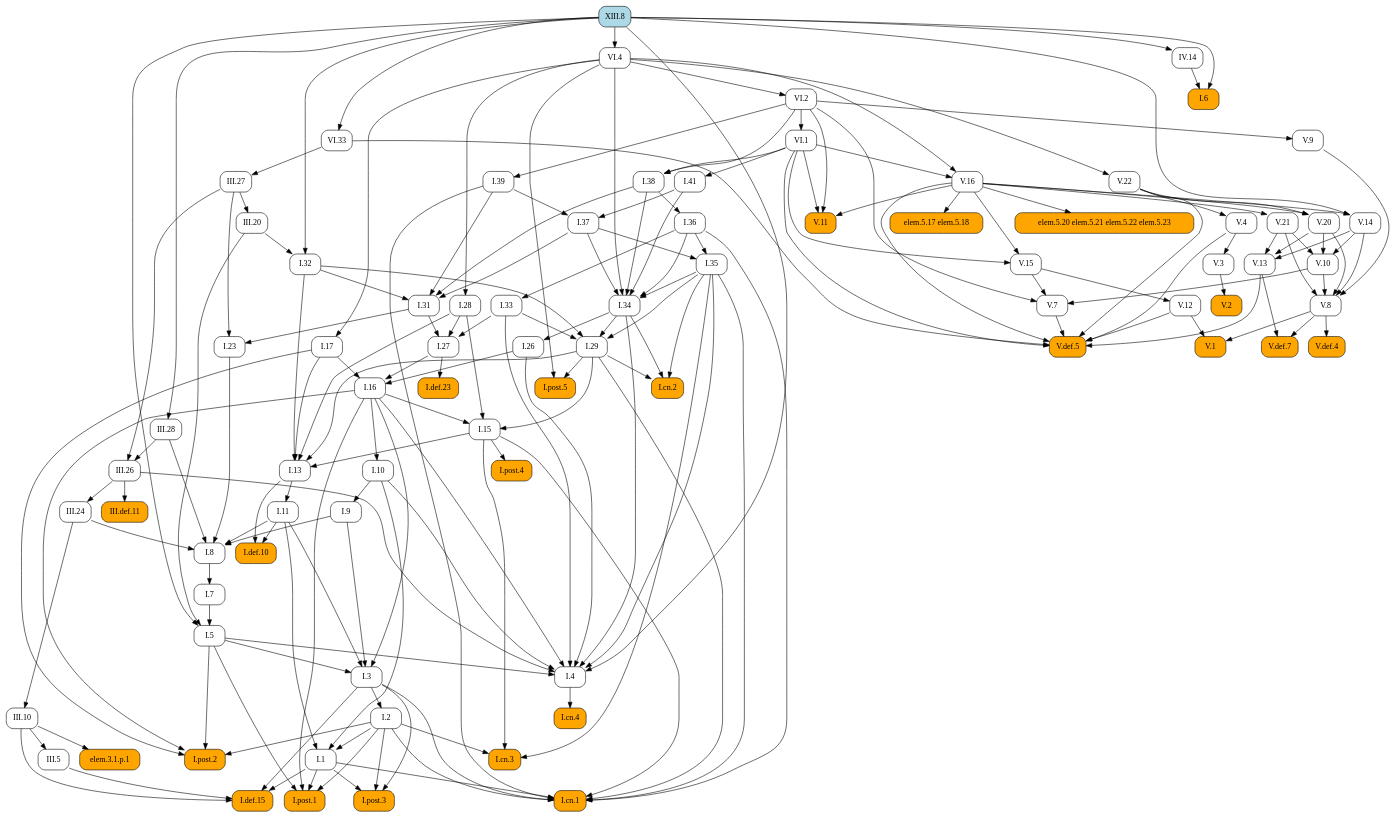
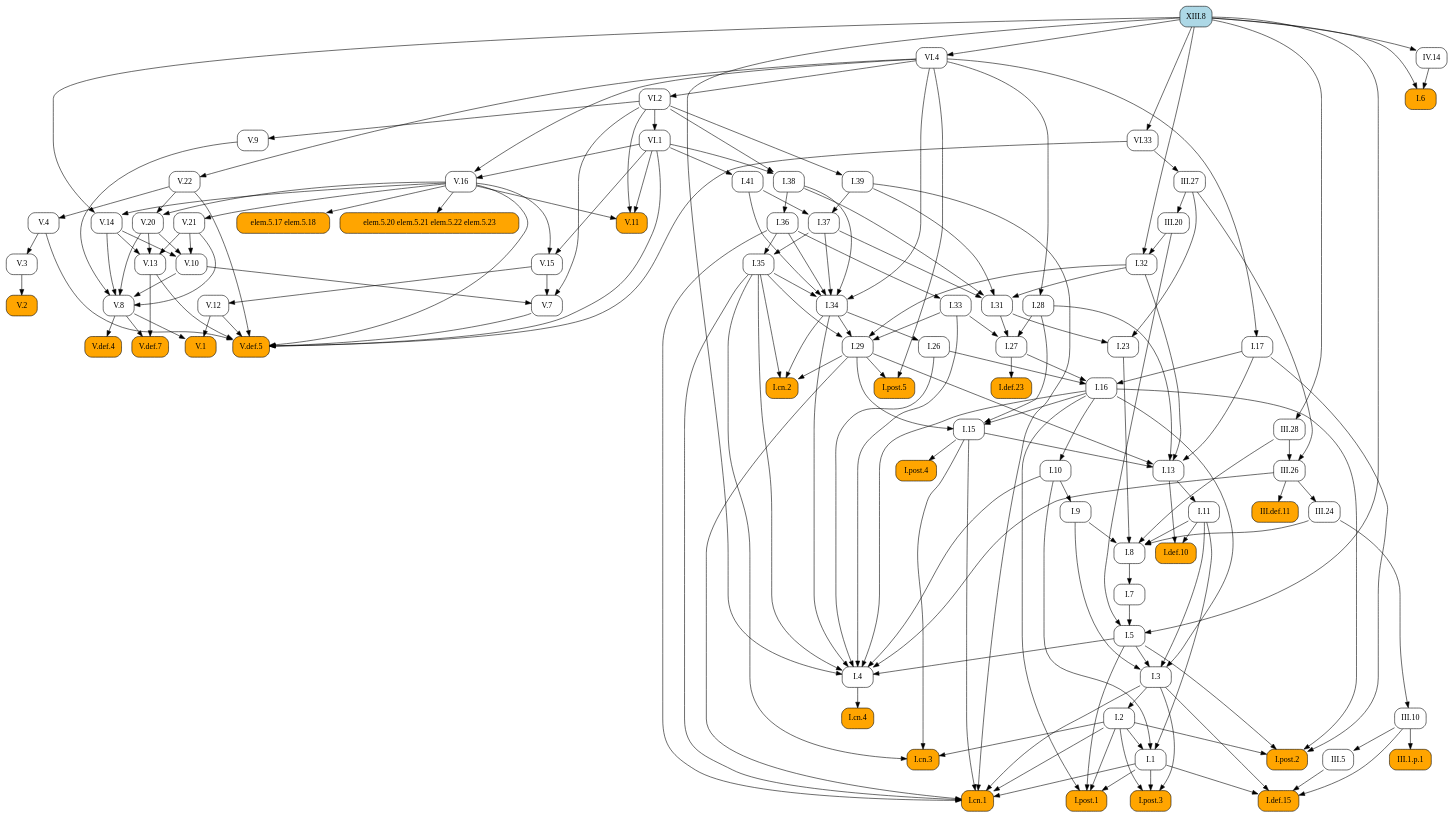
Before and after one commit to geometor/elements: the diagram in docsrc/heath/XIII/8/index.rst, drawn with Graphviz. The commit also changed 484 other files, not shown here.

```diff
--- a/docsrc/heath/XIII/8/index.rst
+++ b/docsrc/heath/XIII/8/index.rst
@@ -49,221 +49,147 @@
    digraph {
      rankdir="TB";
      node [shape=box, style=rounded];
+     "I.23" [URL="/heath/I/23/", target="_top"];
+     "I.9" [URL="/heath/I/9/", target="_top"];
+     "III.24" [URL="/heath/III/24/", target="_top"];
+     "I.def.15" [style="rounded,filled", fillcolor=orange, URL="/heath/I/def.15/", target="_top"];
+     "V.13" [URL="/heath/V/13/", target="_top"];
+     "V.7" [URL="/heath/V/7/", target="_top"];
+     "elem.5.17 elem.5.18" [style="rounded,filled", fillcolor=orange];
+     "I.post.1" [style="rounded,filled", fillcolor=orange, URL="/heath/I/post.1/", target="_top"];
+     "V.14" [URL="/heath/V/14/", target="_top"];
+     "III.20" [URL="/heath/III/20/", target="_top"];
+     "V.9" [URL="/heath/V/9/", target="_top"];
+     "IV.14" [URL="/heath/IV/14/", target="_top"];
+     "I.31" [URL="/heath/I/31/", target="_top"];
+     "V.10" [URL="/heath/V/10/", target="_top"];
      "I.def.10" [style="rounded,filled", fillcolor=orange, URL="/heath/I/def.10/", target="_top"];
+     "V.4" [URL="/heath/V/4/", target="_top"];
+     "VI.1" [URL="/heath/VI/1/", target="_top"];
+     "I.39" [URL="/heath/I/39/", target="_top"];
+     "V.11" [style="rounded,filled", fillcolor=orange, URL="/heath/V/11/", target="_top"];
+     "I.34" [URL="/heath/I/34/", target="_top"];
+     "I.3" [URL="/heath/I/3/", target="_top"];
+     "V.def.4" [style="rounded,filled", fillcolor=orange, URL="/heath/V/def.4/", target="_top"];
+     "III.28" [URL="/heath/III/28/", target="_top"];
+     "V.def.7" [style="rounded,filled", fillcolor=orange, URL="/heath/V/def.7/", target="_top"];
+     "I.2" [URL="/heath/I/2/", target="_top"];
+     "V.21" [URL="/heath/V/21/", target="_top"];
+     "V.3" [URL="/heath/V/3/", target="_top"];
+     "I.13" [URL="/heath/I/13/", target="_top"];
+     "I.post.4" [style="rounded,filled", fillcolor=orange, URL="/heath/I/post.4/", target="_top"];
+     "I.4" [URL="/heath/I/4/", target="_top"];
+     "I.1" [URL="/heath/I/1/", target="_top"];
+     "XIII.8" [style="rounded,filled", fillcolor=lightblue, URL="/heath/XIII/8/", target="_top"];
+     "I.8" [URL="/heath/I/8/", target="_top"];
+     "I.17" [URL="/heath/I/17/", target="_top"];
+     "I.29" [URL="/heath/I/29/", target="_top"];
+     "V.8" [URL="/heath/V/8/", target="_top"];
+     "I.38" [URL="/heath/I/38/", target="_top"];
+     "I.15" [URL="/heath/I/15/", target="_top"];
+     "I.10" [URL="/heath/I/10/", target="_top"];
      "I.11" [URL="/heath/I/11/", target="_top"];
-     "I.post.4" [style="rounded,filled", fillcolor=orange, URL="/heath/I/post.4/", target="_top"];
-     "I.28" [URL="/heath/I/28/", target="_top"];
-     "I.1" [URL="/heath/I/1/", target="_top"];
+     "I.def.23" [style="rounded,filled", fillcolor=orange, URL="/heath/I/def.23/", target="_top"];
+     "VI.4" [URL="/heath/VI/4/", target="_top"];
+     "I.26" [URL="/heath/I/26/", target="_top"];
+     "V.16" [URL="/heath/V/16/", target="_top"];
+     "I.33" [URL="/heath/I/33/", target="_top"];
+     "I.32" [URL="/heath/I/32/", target="_top"];
+     "I.post.3" [style="rounded,filled", fillcolor=orange, URL="/heath/I/post.3/", target="_top"];
+     "III.def.11" [style="rounded,filled", fillcolor=orange, URL="/heath/III/def.11/", target="_top"];
      "V.def.5" [style="rounded,filled", fillcolor=orange, URL="/heath/V/def.5/", target="_top"];
-     "III.20" [URL="/heath/III/20/", target="_top"];
-     "V.13" [URL="/heath/V/13/", target="_top"];
-     "V.11" [style="rounded,filled", fillcolor=orange, URL="/heath/V/11/", target="_top"];
-     "III.def.11" [style="rounded,filled", fillcolor=orange, URL="/heath/III/def.11/", target="_top"];
-     "I.post.3" [style="rounded,filled", fillcolor=orange, URL="/heath/I/post.3/", target="_top"];
-     "VI.1" [URL="/heath/VI/1/", target="_top"];
+     "III.10" [URL="/heath/III/10/", target="_top"];
+     "I.27" [URL="/heath/I/27/", target="_top"];
+     "V.20" [URL="/heath/V/20/", target="_top"];
+     "V.12" [URL="/heath/V/12/", target="_top"];
+     "III.5" [URL="/heath/III/5/", target="_top"];
+     "I.35" [URL="/heath/I/35/", target="_top"];
+     "I.cn.1" [style="rounded,filled", fillcolor=orange, URL="/heath/I/cn.1/", target="_top"];
+     "V.2" [style="rounded,filled", fillcolor=orange, URL="/heath/V/2/", target="_top"];
+     "I.7" [URL="/heath/I/7/", target="_top"];
+     "III.26" [URL="/heath/III/26/", target="_top"];
+     "III.27" [URL="/heath/III/27/", target="_top"];
+     "I.36" [URL="/heath/I/36/", target="_top"];
+     "I.5" [URL="/heath/I/5/", target="_top"];
+     "I.37" [URL="/heath/I/37/", target="_top"];
      "I.cn.3" [style="rounded,filled", fillcolor=orange, URL="/heath/I/cn.3/", target="_top"];
-     "V.16" [URL="/heath/V/16/", target="_top"];
-     "VI.4" [URL="/heath/VI/4/", target="_top"];
-     "V.3" [URL="/heath/V/3/", target="_top"];
+     "I.16" [URL="/heath/I/16/", target="_top"];
      "VI.33" [URL="/heath/VI/33/", target="_top"];
-     "I.36" [URL="/heath/I/36/", target="_top"];
-     "V.8" [URL="/heath/V/8/", target="_top"];
-     "I.27" [URL="/heath/I/27/", target="_top"];
-     "I.41" [URL="/heath/I/41/", target="_top"];
-     "I.37" [URL="/heath/I/37/", target="_top"];
-     "I.34" [URL="/heath/I/34/", target="_top"];
-     "I.2" [URL="/heath/I/2/", target="_top"];
-     "I.def.23" [style="rounded,filled", fillcolor=orange, URL="/heath/I/def.23/", target="_top"];
-     "I.17" [URL="/heath/I/17/", target="_top"];
-     "I.33" [URL="/heath/I/33/", target="_top"];
-     "I.post.2" [style="rounded,filled", fillcolor=orange, URL="/heath/I/post.2/", target="_top"];
-     "elem.5.20 elem.5.21 elem.5.22 elem.5.23" [style="rounded,filled", fillcolor=orange];
-     "I.9" [URL="/heath/I/9/", target="_top"];
-     "I.32" [URL="/heath/I/32/", target="_top"];
-     "V.def.4" [style="rounded,filled", fillcolor=orange, URL="/heath/V/def.4/", target="_top"];
-     "I.cn.4" [style="rounded,filled", fillcolor=orange, URL="/heath/I/cn.4/", target="_top"];
-     "I.15" [URL="/heath/I/15/", target="_top"];
-     "I.38" [URL="/heath/I/38/", target="_top"];
-     "V.def.7" [style="rounded,filled", fillcolor=orange, URL="/heath/V/def.7/", target="_top"];
-     "I.5" [URL="/heath/I/5/", target="_top"];
-     "V.21" [URL="/heath/V/21/", target="_top"];
-     "III.5" [URL="/heath/III/5/", target="_top"];
-     "XIII.8" [style="rounded,filled", fillcolor=lightblue, URL="/heath/XIII/8/", target="_top"];
-     "I.39" [URL="/heath/I/39/", target="_top"];
-     "I.26" [URL="/heath/I/26/", target="_top"];
-     "III.26" [URL="/heath/III/26/", target="_top"];
-     "V.14" [URL="/heath/V/14/", target="_top"];
-     "I.29" [URL="/heath/I/29/", target="_top"];
-     "elem.3.1.p.1" [style="rounded,filled", fillcolor=orange];
-     "V.12" [URL="/heath/V/12/", target="_top"];
+     "V.1" [style="rounded,filled", fillcolor=orange, URL="/heath/V/1/", target="_top"];
+     "III.1.p.1" [style="rounded,filled", fillcolor=orange];
      "V.22" [URL="/heath/V/22/", target="_top"];
      "I.cn.2" [style="rounded,filled", fillcolor=orange, URL="/heath/I/cn.2/", target="_top"];
-     "V.20" [URL="/heath/V/20/", target="_top"];
-     "V.10" [URL="/heath/V/10/", target="_top"];
+     "I.post.5" [style="rounded,filled", fillcolor=orange, URL="/heath/I/post.5/", target="_top"];
+     "I.28" [URL="/heath/I/28/", target="_top"];
+     "I.cn.4" [style="rounded,filled", fillcolor=orange, URL="/heath/I/cn.4/", target="_top"];
      "VI.2" [URL="/heath/VI/2/", target="_top"];
-     "I.def.15" [style="rounded,filled", fillcolor=orange, URL="/heath/I/def.15/", target="_top"];
      "V.15" [URL="/heath/V/15/", target="_top"];
-     "I.cn.1" [style="rounded,filled", fillcolor=orange, URL="/heath/I/cn.1/", target="_top"];
-     "V.7" [URL="/heath/V/7/", target="_top"];
-     "V.9" [URL="/heath/V/9/", target="_top"];
-     "I.23" [URL="/heath/I/23/", target="_top"];
-     "I.post.1" [style="rounded,filled", fillcolor=orange, URL="/heath/I/post.1/", target="_top"];
-     "III.24" [URL="/heath/III/24/", target="_top"];
-     "I.35" [URL="/heath/I/35/", target="_top"];
-     "I.7" [URL="/heath/I/7/", target="_top"];
+     "I.post.2" [style="rounded,filled", fillcolor=orange, URL="/heath/I/post.2/", target="_top"];
+     "I.41" [URL="/heath/I/41/", target="_top"];
      "I.6" [style="rounded,filled", fillcolor=orange, URL="/heath/I/6/", target="_top"];
-     "I.3" [URL="/heath/I/3/", target="_top"];
-     "I.4" [URL="/heath/I/4/", target="_top"];
-     "I.13" [URL="/heath/I/13/", target="_top"];
-     "V.4" [URL="/heath/V/4/", target="_top"];
-     "I.31" [URL="/heath/I/31/", target="_top"];
-     "V.1" [style="rounded,filled", fillcolor=orange, URL="/heath/V/1/", target="_top"];
-     "I.16" [URL="/heath/I/16/", target="_top"];
-     "III.10" [URL="/heath/III/10/", target="_top"];
-     "elem.5.17 elem.5.18" [style="rounded,filled", fillcolor=orange];
-     "III.27" [URL="/heath/III/27/", target="_top"];
-     "I.8" [URL="/heath/I/8/", target="_top"];
-     "IV.14" [URL="/heath/IV/14/", target="_top"];
-     "III.28" [URL="/heath/III/28/", target="_top"];
-     "V.2" [style="rounded,filled", fillcolor=orange, URL="/heath/V/2/", target="_top"];
-     "I.post.5" [style="rounded,filled", fillcolor=orange, URL="/heath/I/post.5/", target="_top"];
-     "I.10" [URL="/heath/I/10/", target="_top"];
-     "I.11" -> "I.def.10";
-     "I.13" -> "I.def.10";
-     "I.13" -> "I.11";
-     "I.15" -> "I.post.4";
-     "VI.4" -> "I.28";
-     "I.2" -> "I.1";
-     "I.10" -> "I.1";
-     "I.11" -> "I.1";
-     "V.4" -> "V.def.5";
-     "V.7" -> "V.def.5";
-     "V.12" -> "V.def.5";
-     "V.13" -> "V.def.5";
-     "V.16" -> "V.def.5";
-     "V.22" -> "V.def.5";
-     "VI.1" -> "V.def.5";
-     "VI.33" -> "V.def.5";
-     "III.27" -> "III.20";
+     "elem.5.20 elem.5.21 elem.5.22 elem.5.23" [style="rounded,filled", fillcolor=orange];
+     "I.31" -> "I.23";
+     "III.27" -> "I.23";
+     "I.10" -> "I.9";
+     "III.26" -> "III.24";
+     "I.1" -> "I.def.15";
+     "I.3" -> "I.def.15";
+     "III.5" -> "I.def.15";
+     "III.10" -> "I.def.15";
      "V.14" -> "V.13";
      "V.20" -> "V.13";
      "V.21" -> "V.13";
+     "V.10" -> "V.7";
+     "V.15" -> "V.7";
+     "VI.2" -> "V.7";
+     "V.16" -> "elem.5.17 elem.5.18";
+     "I.1" -> "I.post.1";
+     "I.2" -> "I.post.1";
+     "I.5" -> "I.post.1";
+     "I.16" -> "I.post.1";
+     "V.16" -> "V.14";
+     "XIII.8" -> "V.14";
+     "III.27" -> "III.20";
+     "VI.2" -> "V.9";
+     "XIII.8" -> "IV.14";
+     "I.32" -> "I.31";
+     "I.37" -> "I.31";
+     "I.38" -> "I.31";
+     "I.39" -> "I.31";
+     "V.14" -> "V.10";
+     "V.20" -> "V.10";
+     "V.21" -> "V.10";
+     "I.11" -> "I.def.10";
+     "I.13" -> "I.def.10";
+     "V.22" -> "V.4";
+     "VI.2" -> "VI.1";
+     "VI.2" -> "I.39";
      "V.16" -> "V.11";
      "VI.1" -> "V.11";
      "VI.2" -> "V.11";
-     "III.26" -> "III.def.11";
-     "I.1" -> "I.post.3";
-     "I.2" -> "I.post.3";
-     "I.3" -> "I.post.3";
-     "VI.2" -> "VI.1";
-     "I.2" -> "I.cn.3";
-     "I.15" -> "I.cn.3";
-     "I.35" -> "I.cn.3";
-     "VI.1" -> "V.16";
-     "VI.4" -> "V.16";
-     "XIII.8" -> "VI.4";
-     "V.4" -> "V.3";
-     "XIII.8" -> "VI.33";
-     "I.38" -> "I.36";
-     "V.9" -> "V.8";
-     "V.10" -> "V.8";
-     "V.14" -> "V.8";
-     "V.20" -> "V.8";
-     "V.21" -> "V.8";
-     "I.28" -> "I.27";
-     "I.31" -> "I.27";
-     "I.33" -> "I.27";
-     "VI.1" -> "I.41";
-     "I.39" -> "I.37";
-     "I.41" -> "I.37";
      "I.35" -> "I.34";
      "I.36" -> "I.34";
      "I.37" -> "I.34";
      "I.38" -> "I.34";
      "I.41" -> "I.34";
      "VI.4" -> "I.34";
-     "I.3" -> "I.2";
-     "I.27" -> "I.def.23";
-     "VI.4" -> "I.17";
-     "I.36" -> "I.33";
-     "I.2" -> "I.post.2";
-     "I.5" -> "I.post.2";
-     "I.16" -> "I.post.2";
-     "I.17" -> "I.post.2";
-     "V.16" -> "elem.5.20 elem.5.21 elem.5.22 elem.5.23";
-     "I.10" -> "I.9";
-     "III.20" -> "I.32";
-     "XIII.8" -> "I.32";
-     "V.8" -> "V.def.4";
-     "I.4" -> "I.cn.4";
-     "I.16" -> "I.15";
-     "I.28" -> "I.15";
-     "I.29" -> "I.15";
-     "VI.1" -> "I.38";
-     "VI.2" -> "I.38";
-     "V.8" -> "V.def.7";
-     "V.13" -> "V.def.7";
-     "I.7" -> "I.5";
-     "III.20" -> "I.5";
-     "XIII.8" -> "I.5";
-     "V.16" -> "V.21";
-     "III.10" -> "III.5";
-     "VI.2" -> "I.39";
-     "I.34" -> "I.26";
-     "III.27" -> "III.26";
-     "III.28" -> "III.26";
-     "V.16" -> "V.14";
-     "XIII.8" -> "V.14";
-     "I.32" -> "I.29";
-     "I.33" -> "I.29";
-     "I.34" -> "I.29";
-     "I.35" -> "I.29";
-     "III.10" -> "elem.3.1.p.1";
-     "V.15" -> "V.12";
-     "VI.4" -> "V.22";
-     "I.29" -> "I.cn.2";
-     "I.34" -> "I.cn.2";
-     "I.35" -> "I.cn.2";
-     "V.16" -> "V.20";
-     "V.22" -> "V.20";
-     "V.14" -> "V.10";
-     "V.20" -> "V.10";
-     "V.21" -> "V.10";
-     "VI.4" -> "VI.2";
-     "I.1" -> "I.def.15";
-     "I.3" -> "I.def.15";
-     "III.5" -> "I.def.15";
-     "III.10" -> "I.def.15";
-     "V.16" -> "V.15";
-     "VI.1" -> "V.15";
-     "I.1" -> "I.cn.1";
-     "I.2" -> "I.cn.1";
-     "I.3" -> "I.cn.1";
-     "I.15" -> "I.cn.1";
-     "I.29" -> "I.cn.1";
-     "I.35" -> "I.cn.1";
-     "I.36" -> "I.cn.1";
-     "I.39" -> "I.cn.1";
-     "V.10" -> "V.7";
-     "V.15" -> "V.7";
-     "VI.2" -> "V.7";
-     "VI.2" -> "V.9";
-     "I.31" -> "I.23";
-     "III.27" -> "I.23";
-     "I.1" -> "I.post.1";
-     "I.2" -> "I.post.1";
-     "I.5" -> "I.post.1";
-     "I.16" -> "I.post.1";
-     "III.26" -> "III.24";
-     "I.36" -> "I.35";
-     "I.37" -> "I.35";
-     "I.8" -> "I.7";
-     "IV.14" -> "I.6";
-     "XIII.8" -> "I.6";
      "I.5" -> "I.3";
      "I.9" -> "I.3";
      "I.11" -> "I.3";
      "I.16" -> "I.3";
+     "V.8" -> "V.def.4";
+     "XIII.8" -> "III.28";
+     "V.8" -> "V.def.7";
+     "V.13" -> "V.def.7";
+     "I.3" -> "I.2";
+     "V.16" -> "V.21";
+     "V.4" -> "V.3";
+     "I.15" -> "I.13";
+     "I.17" -> "I.13";
+     "I.28" -> "I.13";
+     "I.29" -> "I.13";
+     "I.32" -> "I.13";
+     "I.15" -> "I.post.4";
      "I.5" -> "I.4";
      "I.10" -> "I.4";
      "I.16" -> "I.4";
@@ -273,33 +199,107 @@
      "I.35" -> "I.4";
      "III.26" -> "I.4";
      "XIII.8" -> "I.4";
-     "I.15" -> "I.13";
-     "I.17" -> "I.13";
-     "I.28" -> "I.13";
-     "I.29" -> "I.13";
-     "I.32" -> "I.13";
-     "V.22" -> "V.4";
-     "I.32" -> "I.31";
-     "I.37" -> "I.31";
-     "I.38" -> "I.31";
-     "I.39" -> "I.31";
-     "V.8" -> "V.1";
-     "V.12" -> "V.1";
-     "I.17" -> "I.16";
-     "I.26" -> "I.16";
-     "I.27" -> "I.16";
-     "III.24" -> "III.10";
-     "V.16" -> "elem.5.17 elem.5.18";
-     "VI.33" -> "III.27";
+     "I.2" -> "I.1";
+     "I.10" -> "I.1";
+     "I.11" -> "I.1";
      "I.9" -> "I.8";
      "I.11" -> "I.8";
      "I.23" -> "I.8";
      "III.24" -> "I.8";
      "III.28" -> "I.8";
-     "XIII.8" -> "IV.14";
-     "XIII.8" -> "III.28";
+     "VI.4" -> "I.17";
+     "I.32" -> "I.29";
+     "I.33" -> "I.29";
+     "I.34" -> "I.29";
+     "I.35" -> "I.29";
+     "V.9" -> "V.8";
+     "V.10" -> "V.8";
+     "V.14" -> "V.8";
+     "V.20" -> "V.8";
+     "V.21" -> "V.8";
+     "VI.1" -> "I.38";
+     "VI.2" -> "I.38";
+     "I.16" -> "I.15";
+     "I.28" -> "I.15";
+     "I.29" -> "I.15";
+     "I.16" -> "I.10";
+     "I.13" -> "I.11";
+     "I.27" -> "I.def.23";
+     "XIII.8" -> "VI.4";
+     "I.34" -> "I.26";
+     "VI.1" -> "V.16";
+     "VI.4" -> "V.16";
+     "I.36" -> "I.33";
+     "III.20" -> "I.32";
+     "XIII.8" -> "I.32";
+     "I.1" -> "I.post.3";
+     "I.2" -> "I.post.3";
+     "I.3" -> "I.post.3";
+     "III.26" -> "III.def.11";
+     "V.4" -> "V.def.5";
+     "V.7" -> "V.def.5";
+     "V.12" -> "V.def.5";
+     "V.13" -> "V.def.5";
+     "V.16" -> "V.def.5";
+     "V.22" -> "V.def.5";
+     "VI.1" -> "V.def.5";
+     "VI.33" -> "V.def.5";
+     "III.24" -> "III.10";
+     "I.28" -> "I.27";
+     "I.31" -> "I.27";
+     "I.33" -> "I.27";
+     "V.16" -> "V.20";
+     "V.22" -> "V.20";
+     "V.15" -> "V.12";
+     "III.10" -> "III.5";
+     "I.36" -> "I.35";
+     "I.37" -> "I.35";
+     "I.1" -> "I.cn.1";
+     "I.2" -> "I.cn.1";
+     "I.3" -> "I.cn.1";
+     "I.15" -> "I.cn.1";
+     "I.29" -> "I.cn.1";
+     "I.35" -> "I.cn.1";
+     "I.36" -> "I.cn.1";
+     "I.39" -> "I.cn.1";
      "V.3" -> "V.2";
+     "I.8" -> "I.7";
+     "III.27" -> "III.26";
+     "III.28" -> "III.26";
+     "VI.33" -> "III.27";
+     "I.38" -> "I.36";
+     "I.7" -> "I.5";
+     "III.20" -> "I.5";
+     "XIII.8" -> "I.5";
+     "I.39" -> "I.37";
+     "I.41" -> "I.37";
+     "I.2" -> "I.cn.3";
+     "I.15" -> "I.cn.3";
+     "I.35" -> "I.cn.3";
+     "I.17" -> "I.16";
+     "I.26" -> "I.16";
+     "I.27" -> "I.16";
+     "XIII.8" -> "VI.33";
+     "V.8" -> "V.1";
+     "V.12" -> "V.1";
+     "III.10" -> "III.1.p.1";
+     "VI.4" -> "V.22";
+     "I.29" -> "I.cn.2";
+     "I.34" -> "I.cn.2";
+     "I.35" -> "I.cn.2";
      "I.29" -> "I.post.5";
      "VI.4" -> "I.post.5";
-     "I.16" -> "I.10";
+     "VI.4" -> "I.28";
+     "I.4" -> "I.cn.4";
+     "VI.4" -> "VI.2";
+     "V.16" -> "V.15";
+     "VI.1" -> "V.15";
+     "I.2" -> "I.post.2";
+     "I.5" -> "I.post.2";
+     "I.16" -> "I.post.2";
+     "I.17" -> "I.post.2";
+     "VI.1" -> "I.41";
+     "IV.14" -> "I.6";
+     "XIII.8" -> "I.6";
+     "V.16" -> "elem.5.20 elem.5.21 elem.5.22 elem.5.23";
    }
```
